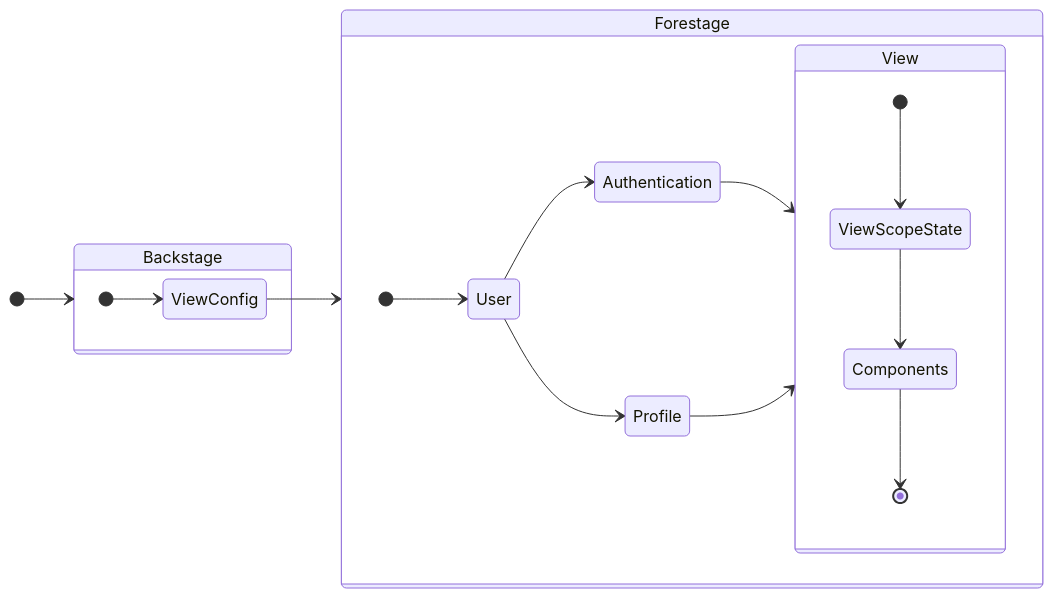
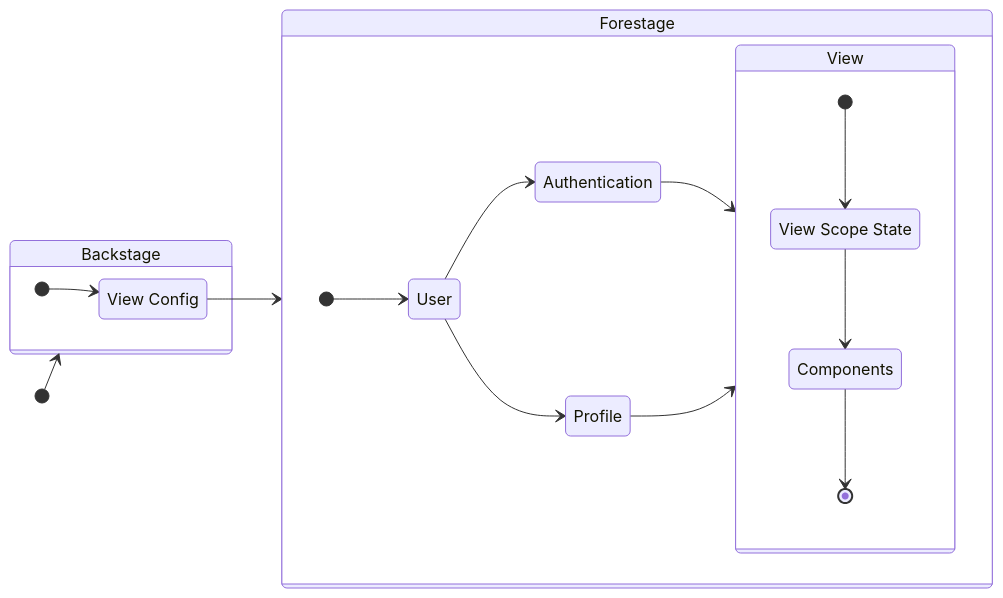
The diagram in master-notes/NOTE/docs/10@future-project-plan/1@portal/5@forestage.md (SiegeSailor/vault-personal), drawn with Mermaid before and after one commit. The commit also changed 7 other files, not shown here.

Commit message:
Modify all state diagram Add operation-system content

````diff
--- a/master-notes/NOTE/docs/10@future-project-plan/1@portal/5@forestage.md
+++ b/master-notes/NOTE/docs/10@future-project-plan/1@portal/5@forestage.md
@@ -9,24 +9,27 @@
 ```mermaid
 stateDiagram-v2
     direction LR
+    ViewConfig: View Config
+    ViewScopeState: View Scope State
+
     [*] --> Backstage
     state Forestage {
       direction LR
       [*] --> User
       User --> Authentication
       User --> Profile
       Authentication --> View
       Profile --> View
     }
     state Backstage {
       direction TB
       [*] --> ViewConfig
     }
     state View {
       [*] --> ViewScopeState
       ViewScopeState --> Components
       Components --> [*]
     }
 
     ViewConfig --> Forestage
 ```
````
